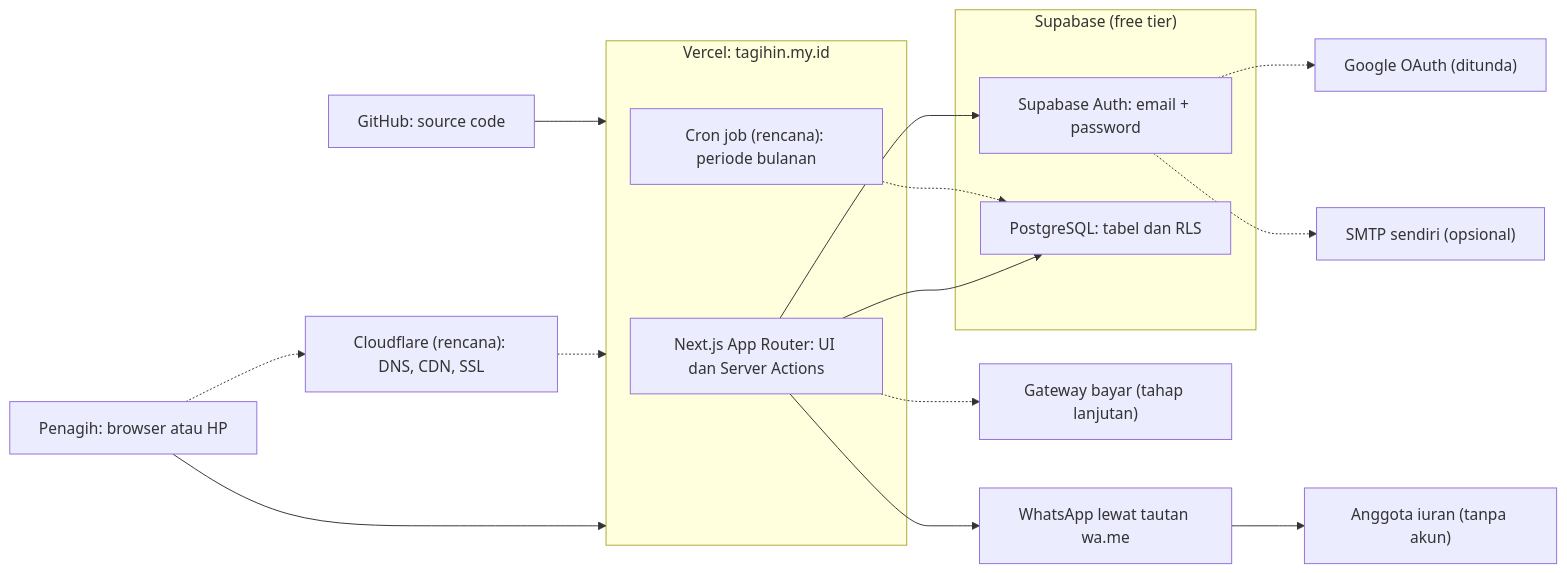
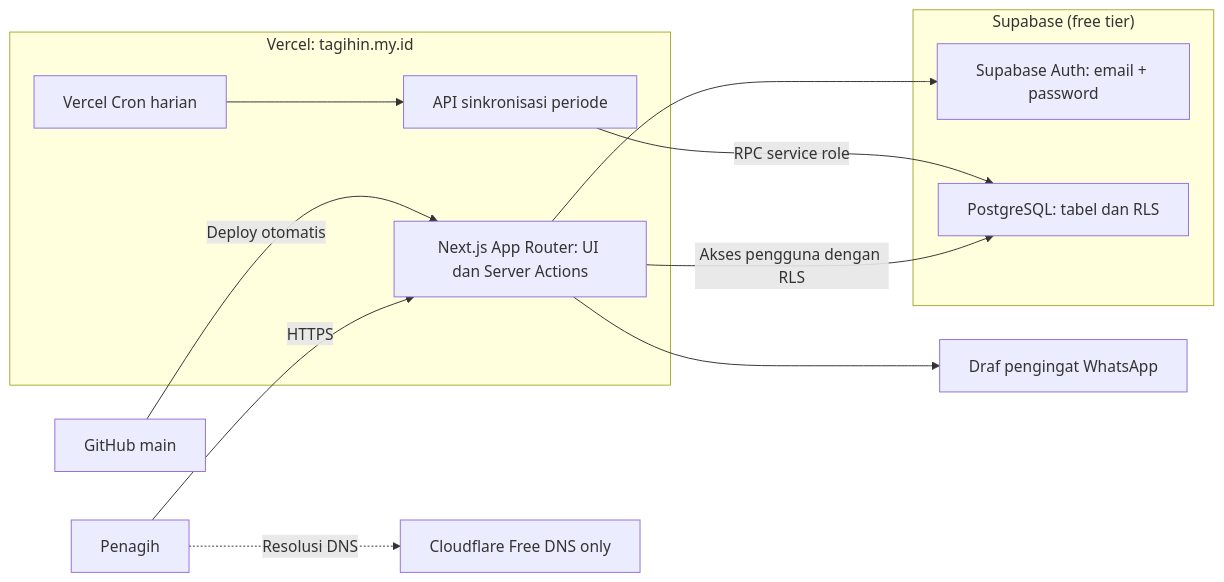
The second of 3 diagrams in readme.md (RegaCode4/tagihin), drawn with Mermaid before and after one commit. The commit also changed other lines of this file and 18 other files, not shown here.

Commit message:
Refactor : mengalihkan pengatur DNS ke cloudflare

````diff
--- a/readme.md
+++ b/readme.md
@@ -103,23 +94,18 @@
 ```mermaid
 flowchart LR
-    P["Penagih: browser atau HP"] --> V
-    P -.-> CF["Cloudflare (rencana): DNS, CDN, SSL"]
-    CF -.-> V
-    GH["GitHub: source code"] --> V
+    P["Penagih"] -. Resolusi DNS .-> CF["Cloudflare Free DNS only"]
+    P -->|HTTPS| N
+    GH["GitHub main"] -->|Deploy otomatis| N
     subgraph V["Vercel: tagihin.my.id"]
         N["Next.js App Router: UI dan Server Actions"]
-        CR["Cron job (rencana): periode bulanan"]
+        CR["Vercel Cron harian"] --> API["API sinkronisasi periode"]
     end
     subgraph S["Supabase (free tier)"]
         AU["Supabase Auth: email + password"]
         DB["PostgreSQL: tabel dan RLS"]
     end
     N --> AU
-    N --> DB
-    CR -.-> DB
-    N --> WA["WhatsApp lewat tautan wa.me"]
-    WA --> AG["Anggota iuran (tanpa akun)"]
-    N -.-> GW["Gateway bayar (tahap lanjutan)"]
-    AU -.-> GO["Google OAuth (ditunda)"]
-    AU -.-> SM["SMTP sendiri (opsional)"]
+    N -->|Akses pengguna dengan RLS| DB
+    API -->|RPC service role| DB
+    N --> WA["Draf pengingat WhatsApp"]
 ```
````
